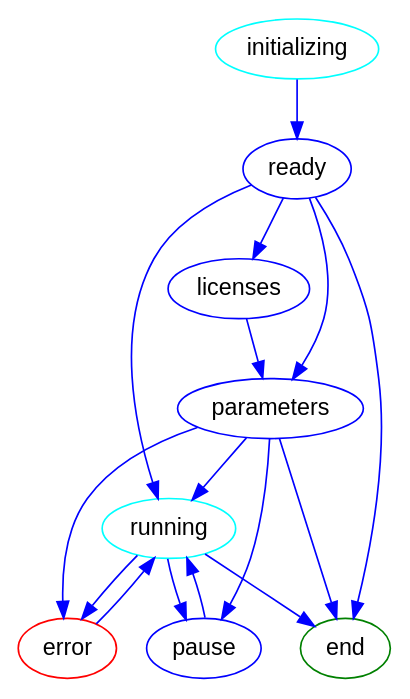
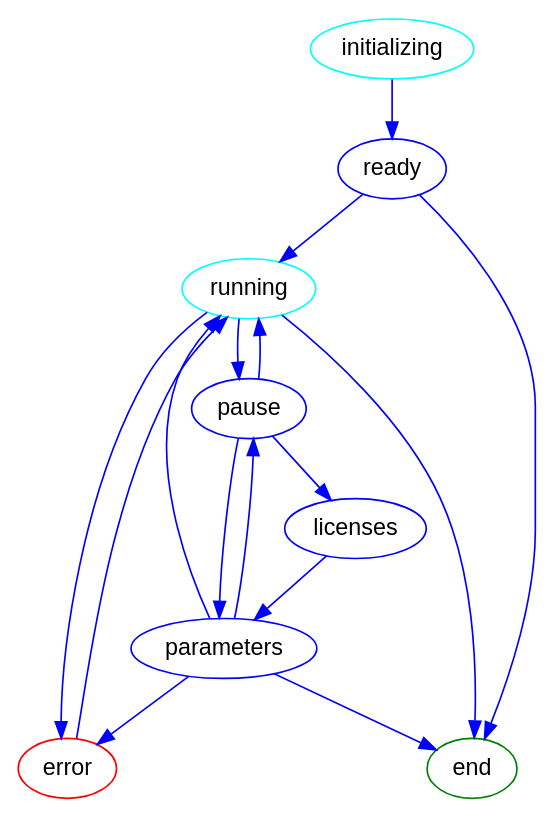
The diagram in Contents/images/transactions-states.dot (eguaj/dynacase-control-doc-httpapi), drawn with Graphviz before and after one commit. The commit also changed 2 other files, not shown here.

```diff
--- a/Contents/images/transactions-states.dot
+++ b/Contents/images/transactions-states.dot
@@ -1,40 +1,40 @@
 digraph D {
 	node [
 		fontname="Liberation Sans",
 		color="blue"
 	];
 
 	"initializing" [color="cyan"];
 	"licenses" [color="blue"];
 	"parameters" [color="blue"];
 	"ready" [color="blue"];
 	"running" [color="cyan"];
 	"pause" [color="blue"];
 	"error" [color="red"];
 	"end" [color="green"];
 
 	{
 		edge [color=blue];
 		"initializing" -> "ready";
 
-		"ready" -> "licenses";
- 		"ready" -> "parameters";
 		"ready" -> "end";
 		"ready" -> "running";
 
 		"licenses" -> "parameters";
 
 		"parameters" -> "end";
 		"parameters" -> "error";
 		"parameters" -> "running";
 		"parameters" -> "pause";
 
 		"running" -> "end";
 		"running" -> "error";
 		"running" -> "pause";
 
 		"error" -> "running";
 
 		"pause" -> "running";
+		"pause" -> "licenses";
+		"pause" -> "parameters";
 	}
 }
```
